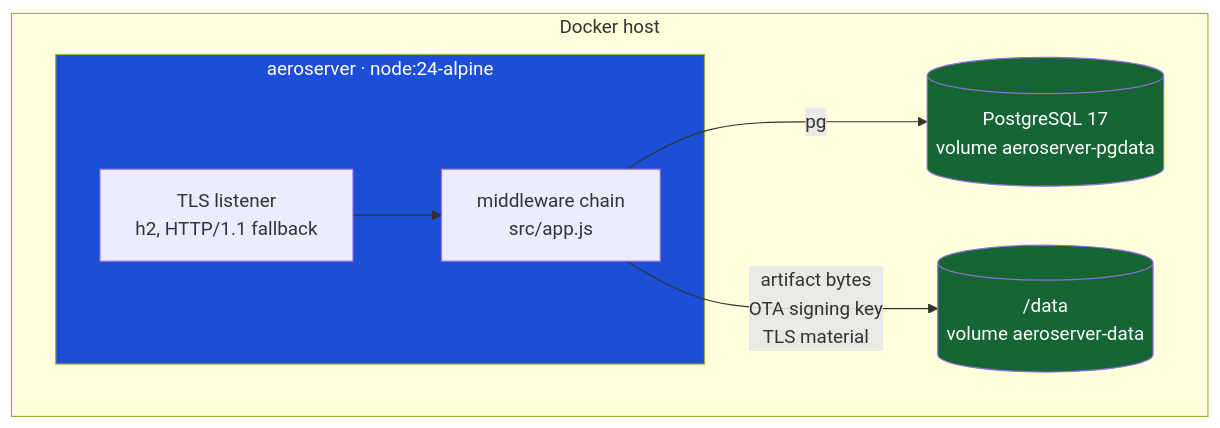
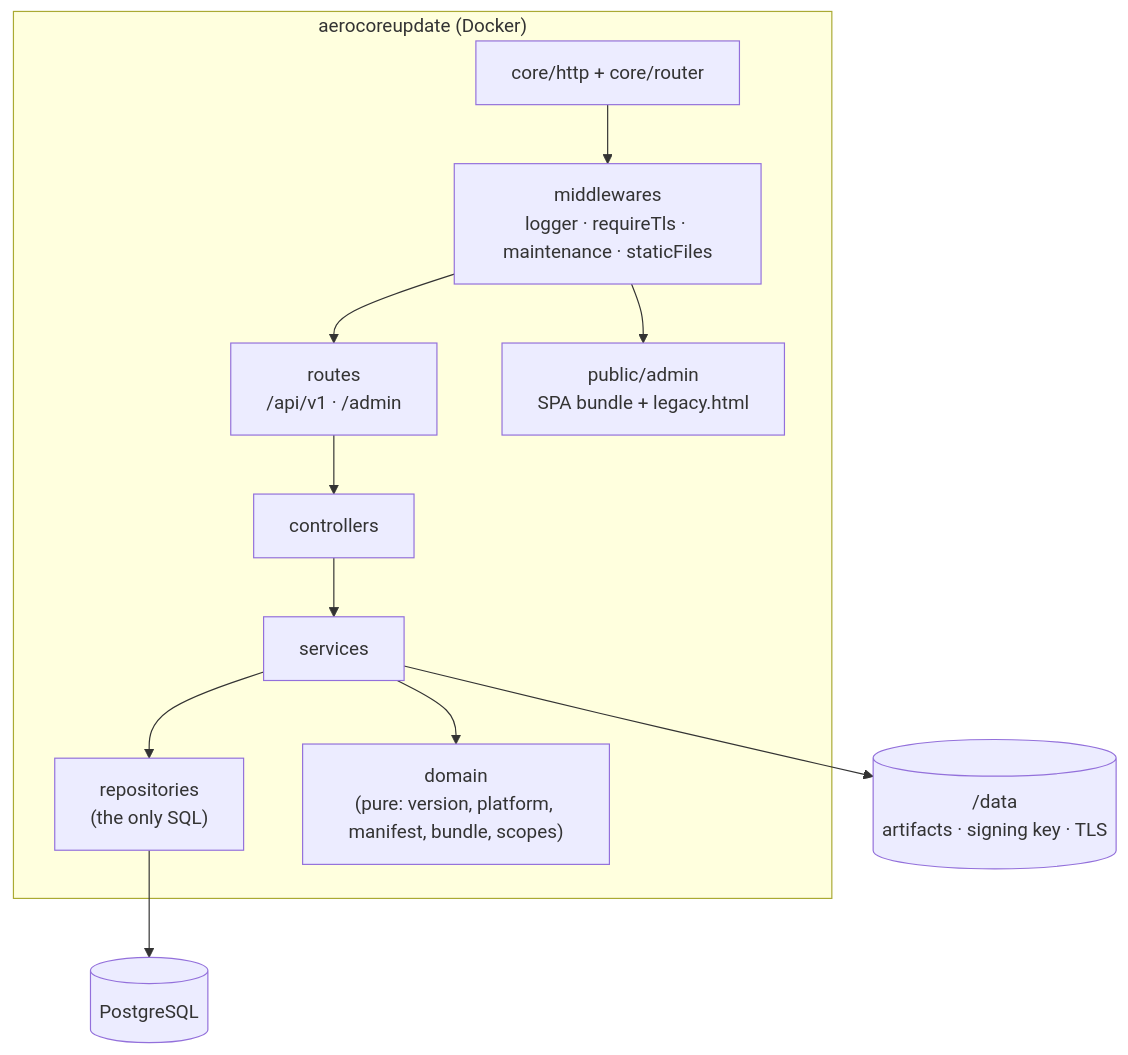
Before and after one commit to Si-Ops-Real-Time-Robotics-Inc/AeroCoreUpdate: the second of 8 diagrams in docs/c4.md, drawn with Mermaid. The commit also changed other lines of this file and 168 other files, not shown here.

First line of the commit message:
feat: Keycloak-only auth, the new web UI, and a version line per system

````diff
--- a/docs/c4.md
+++ b/docs/c4.md
@@ -51,19 +53,21 @@
 ```mermaid
 flowchart TB
-    subgraph host["Docker host"]
-        subgraph app["aeroserver · node:24-alpine"]
-            http["TLS listener<br/>h2, HTTP/1.1 fallback"]
-            pipeline["middleware chain<br/>src/app.js"]
-        end
-        db[("PostgreSQL 17<br/>volume aeroserver-pgdata")]
-        disk[("/data<br/>volume aeroserver-data")]
-    end
+  subgraph image["aerocoreupdate (Docker)"]
+    http["core/http + core/router"]
+    mw["middlewares<br/>logger · requireTls · maintenance · staticFiles"]
+    routes["routes<br/>/api/v1 · /admin"]
+    ctl["controllers"]
+    svc["services"]
+    repo["repositories<br/>(the only SQL)"]
+    dom["domain<br/>(pure: version, platform, manifest, bundle, scopes)"]
+    spa["public/admin<br/>SPA bundle + legacy.html"]
+  end
 
-    http --> pipeline
-    pipeline -->|"pg"| db
-    pipeline -->|"artifact bytes<br/>OTA signing key<br/>TLS material"| disk
+  db[("PostgreSQL")]
+  vol[("/data<br/>artifacts · signing key · TLS")]
 
-    style app fill:#1d4ed8,color:#fff
-    style db fill:#166534,color:#fff
-    style disk fill:#166534,color:#fff
+  http --> mw --> routes --> ctl --> svc --> repo --> db
+  svc --> dom
+  mw --> spa
+  svc --> vol
 ```
````
